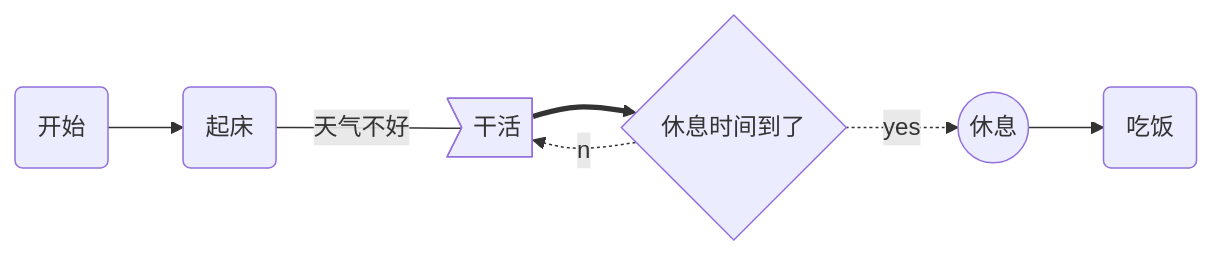
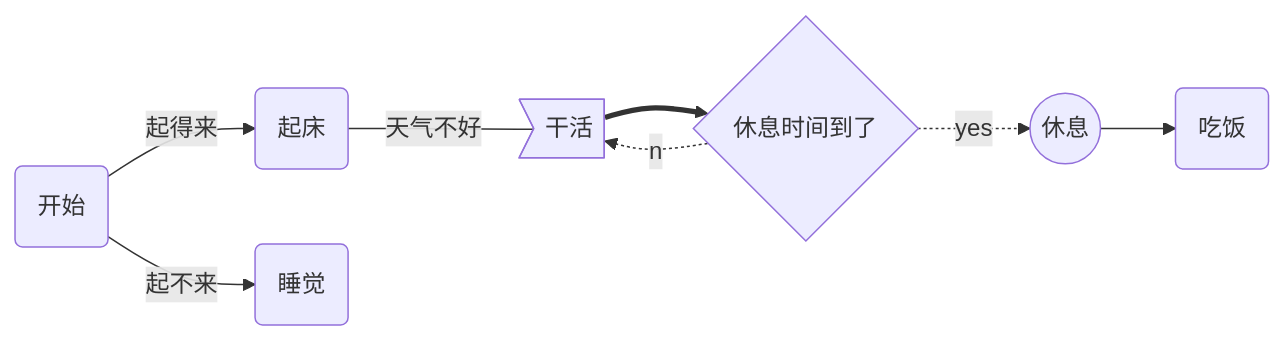
One commit to xliuqq/blog_md changed the first of 2 diagrams in docs/tools/markdown/mermaid.md. Above: the diagram before and after it, drawn with Mermaid. The commit also changed 3 other files, not shown here.

````diff
--- a/docs/tools/markdown/mermaid.md
+++ b/docs/tools/markdown/mermaid.md
@@ -27,9 +27,10 @@
 ```mermaid
 graph LR
-    A(开始) -->B(起床)
+    A(开始) --起得来-->B(起床) 
+    A(开始) --起不来-->H(睡觉) 
     B --天气不好--- C>干活]
     C ==> D{休息时间到了}
     D -.yes.-> E((休息))
     D -.no.-> C
     E --> F(吃饭)
 ```
````
